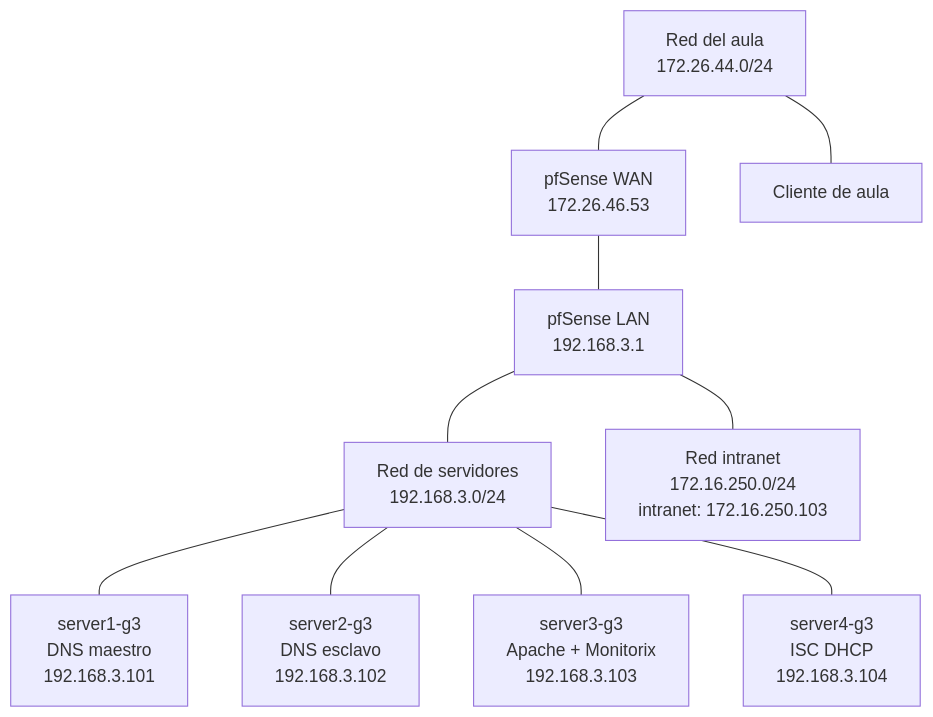
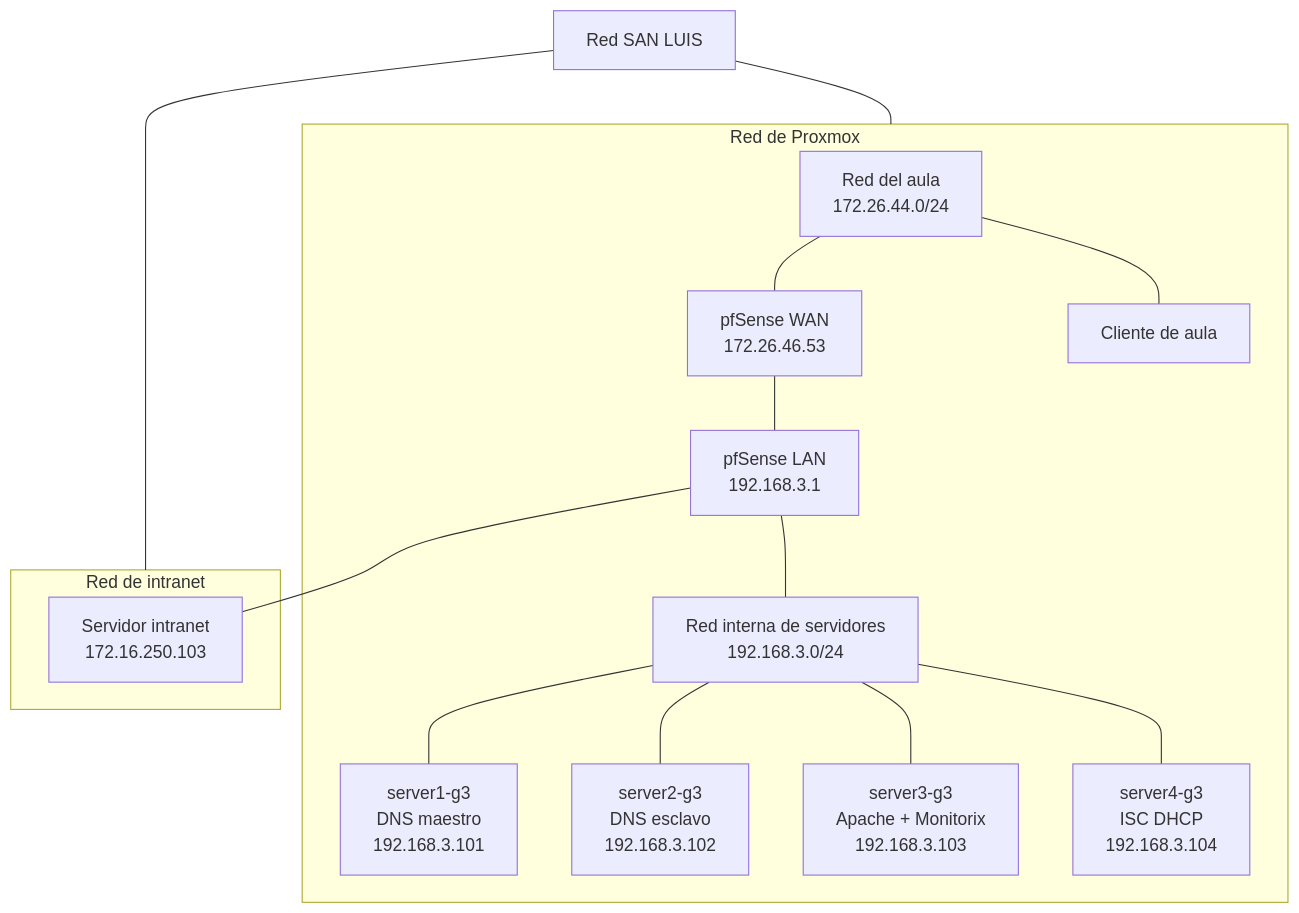
Before and after one commit to Merininho/Reto4-g3: the diagram in diagramas/red.md, drawn with Mermaid. The commit also changed other lines of this file, not shown here.

````diff
--- a/diagramas/red.md
+++ b/diagramas/red.md
@@ -7,23 +8,33 @@
 ```mermaid
 flowchart TB
-    Aula["Red del aula<br/>172.26.44.0/24"]
-    WAN["pfSense WAN<br/>172.26.46.53"]
-    LANFW["pfSense LAN<br/>192.168.3.1"]
-    Servidores["Red de servidores<br/>192.168.3.0/24"]
-    DNS1["server1-g3<br/>DNS maestro<br/>192.168.3.101"]
-    DNS2["server2-g3<br/>DNS esclavo<br/>192.168.3.102"]
-    WEB["server3-g3<br/>Apache + Monitorix<br/>192.168.3.103"]
-    DHCP["server4-g3<br/>ISC DHCP<br/>192.168.3.104"]
-    Intranet["Red intranet<br/>172.16.250.0/24<br/>intranet: 172.16.250.103"]
-    Cliente["Cliente de aula"]
+    SANLUIS["Red SAN LUIS"]
 
-    Aula --- WAN
-    WAN --- LANFW
-    LANFW --- Servidores
-    Servidores --- DNS1
-    Servidores --- DNS2
-    Servidores --- WEB
-    Servidores --- DHCP
-    Aula --- Cliente
+    subgraph PROXMOX["Red de Proxmox"]
+        Aula["Red del aula<br/>172.26.44.0/24"]
+        WAN["pfSense WAN<br/>172.26.46.53"]
+        LANFW["pfSense LAN<br/>192.168.3.1"]
+        Servidores["Red interna de servidores<br/>192.168.3.0/24"]
+        DNS1["server1-g3<br/>DNS maestro<br/>192.168.3.101"]
+        DNS2["server2-g3<br/>DNS esclavo<br/>192.168.3.102"]
+        WEB["server3-g3<br/>Apache + Monitorix<br/>192.168.3.103"]
+        DHCP["server4-g3<br/>ISC DHCP<br/>192.168.3.104"]
+        Cliente["Cliente de aula"]
+
+        Aula --- WAN
+        WAN --- LANFW
+        LANFW --- Servidores
+        Servidores --- DNS1
+        Servidores --- DNS2
+        Servidores --- WEB
+        Servidores --- DHCP
+        Aula --- Cliente
+    end
+
+    subgraph INTRANET["Red de intranet"]
+        Intranet["Servidor intranet<br/>172.16.250.103"]
+    end
+
+    SANLUIS --- PROXMOX
+    SANLUIS --- INTRANET
     LANFW --- Intranet
 ```
````
